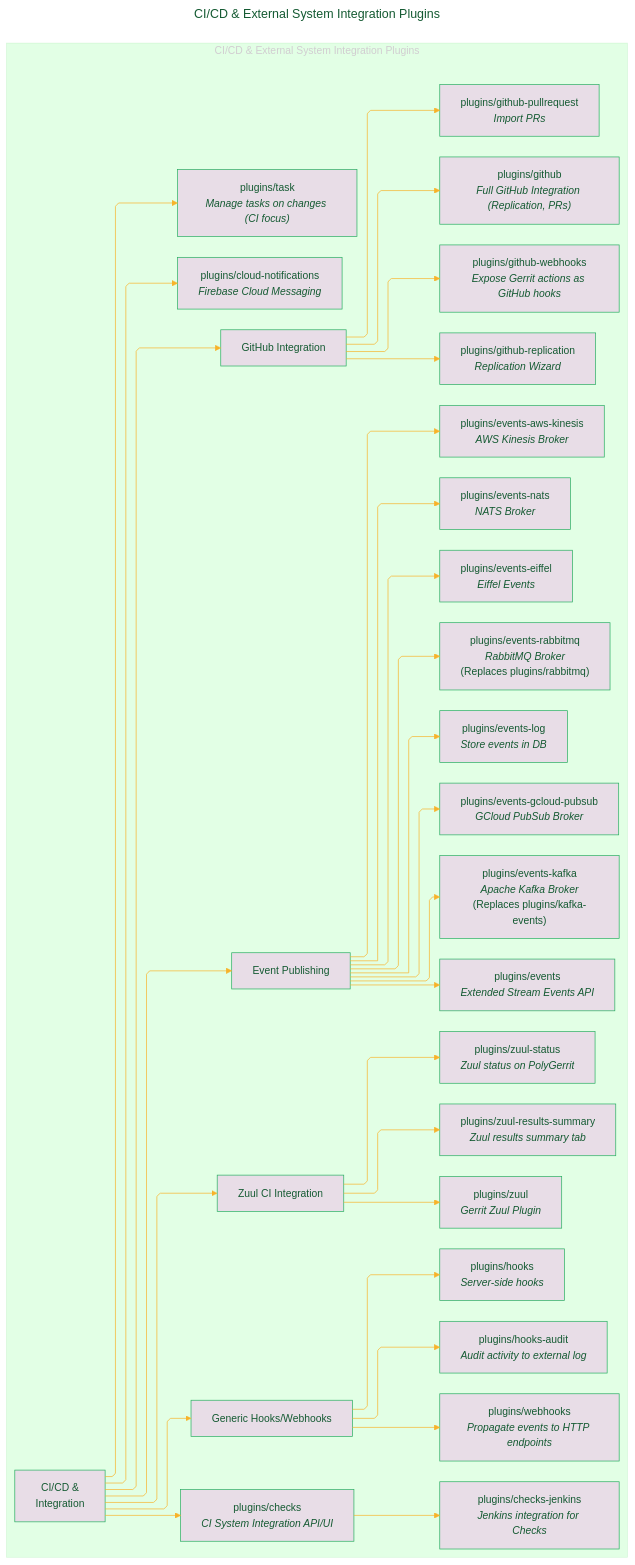
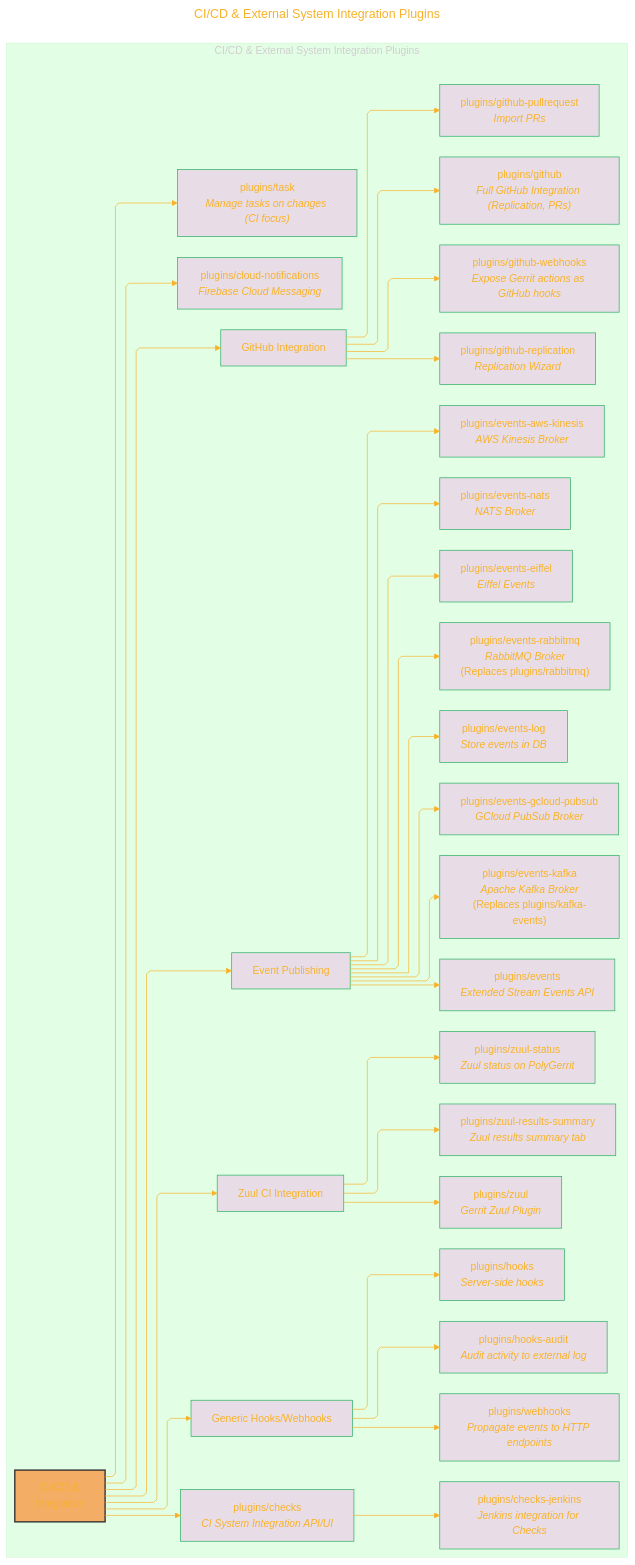
Before and after one commit to CongLeSolutionX/Chromium_Project: the sixth of 12 diagrams in Gerrit_Ecosystem_on_gerrit_googlesource.md, drawn with Mermaid. The commit also changed other lines of this file, not shown here.

```diff
--- a/Gerrit_Ecosystem_on_gerrit_googlesource.md
+++ b/Gerrit_Ecosystem_on_gerrit_googlesource.md
@@ -410,7 +439,7 @@
     'fontFamily': 'Monaco',
     'themeVariables': {
       'primaryColor': '#F5E3',
-      'primaryTextColor': '#145A32',
+      'primaryTextColor': '#F8B229',
       'lineColor': '#F8B229',
       'primaryBorderColor': '#27AE60',
       'secondaryColor': '#EBDEF0',
@@ -424,6 +453,7 @@
     subgraph CICDPlugins["CI/CD & External System Integration Plugins"]
     direction LR
         P_CICDRoot["CI/CD &<br/> Integration"]
+        style P_CICDRoot fill:#F719,stroke:#333,stroke-width:2px
 
         P_CICDRoot --> P_Checks["plugins/checks<br/><i>CI System Integration API/UI</i>"]
          click P_Checks href "https://gerrit.googlesource.com/plugins/checks" "plugins/checks"
```
